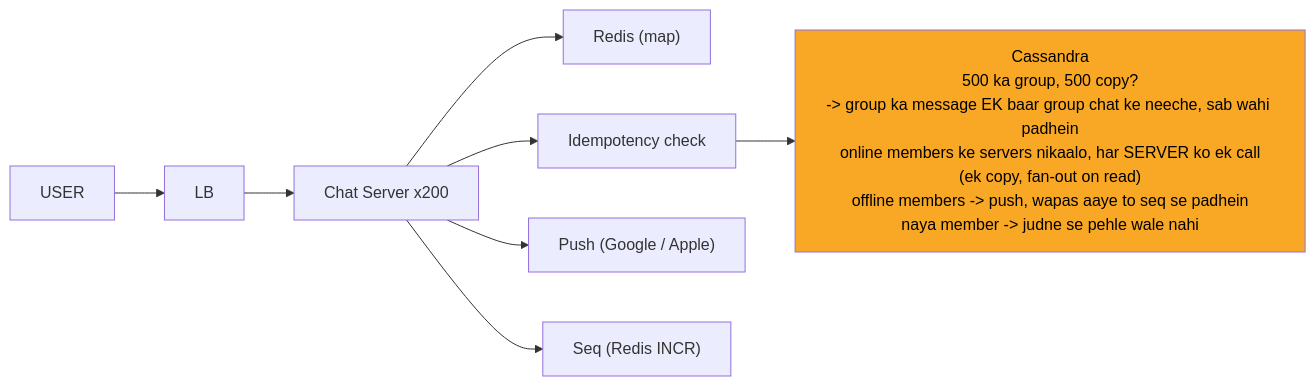
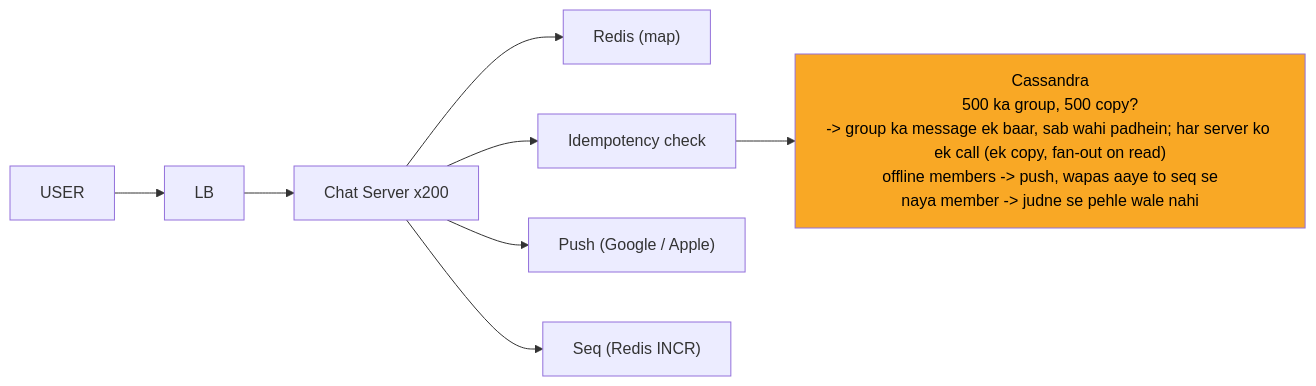
The diagram in 04_HLD/SYSTEM_DESIGNS/14_chat_messaging/img/c7.mmd (ArpanMaheshwari144/Prep), drawn with Mermaid before and after one commit. The commit also changed 43 other files, not shown here.

Commit message:
chat: 10 card scene + chhote dabbe; tool: raasta ruka ho to neeche wale peele se teer

```diff
--- a/04_HLD/SYSTEM_DESIGNS/14_chat_messaging/img/c7.mmd
+++ b/04_HLD/SYSTEM_DESIGNS/14_chat_messaging/img/c7.mmd
@@ -1,18 +1,18 @@
 %%{init: {"flowchart": {"wrappingWidth": 450}}}%%
 flowchart LR
     n_U["USER"]
     n_LB["LB"]
     n_CS["Chat Server x200"]
     n_R["Redis (map)"]
     n_I["Idempotency check"]
-    n_CA["Cassandra<br/>500 ka group, 500 copy?<br/>-> group ka message EK baar group chat ke neeche, sab wahi padhein<br/>online members ke servers nikaalo, har SERVER ko ek call<br/>(ek copy, fan-out on read)<br/>offline members -> push, wapas aaye to seq se padhein<br/>naya member -> judne se pehle wale nahi"]
+    n_CA["Cassandra<br/>500 ka group, 500 copy?<br/>-> group ka message ek baar, sab wahi padhein; har server ko ek call (ek copy, fan-out on read)<br/>offline members -> push, wapas aaye to seq se<br/>naya member -> judne se pehle wale nahi"]
     n_P["Push (Google / Apple)"]
     n_SQ["Seq (Redis INCR)"]
     n_U --> n_LB
     n_LB --> n_CS
     n_CS --> n_R
     n_CS --> n_I
     n_I --> n_CA
     n_CS --> n_P
     n_CS --> n_SQ
     style n_CA fill:#f9a825,color:#000
```
